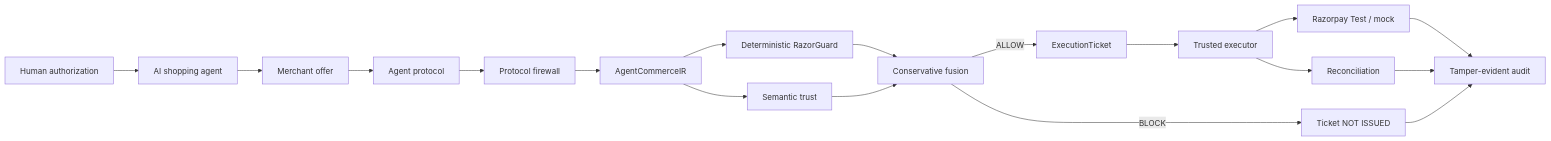
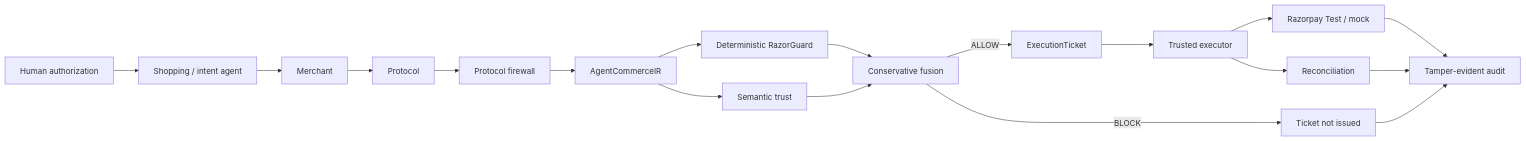
Before and after one commit to UtkarsHMer05/RazorMesh: the diagram in README.md, drawn with Mermaid. The commit also changed other lines of this file, not shown here.

````diff
--- a/README.md
+++ b/README.md
@@ -41,20 +57,20 @@
 ```mermaid
 flowchart LR
-    H[Human authorization] --> A[AI shopping agent]
-    A --> M[Merchant offer]
-    M --> P[Agent protocol]
+    H[Human authorization] --> A[Shopping / intent agent]
+    A --> M[Merchant]
+    M --> P[Protocol]
     P --> F[Protocol firewall]
     F --> IR[AgentCommerceIR]
     IR --> R[Deterministic RazorGuard]
     IR --> S[Semantic trust]
     R --> X[Conservative fusion]
     S --> X
     X -->|ALLOW| T[ExecutionTicket]
-    X -->|BLOCK| W[Ticket NOT ISSUED]
+    X -->|BLOCK| W[Ticket not issued]
     T --> EX[Trusted executor]
     EX --> RP[Razorpay Test / mock]
     EX --> RC[Reconciliation]
     RP --> AU[Tamper-evident audit]
     RC --> AU
     W --> AU
 ```
````
